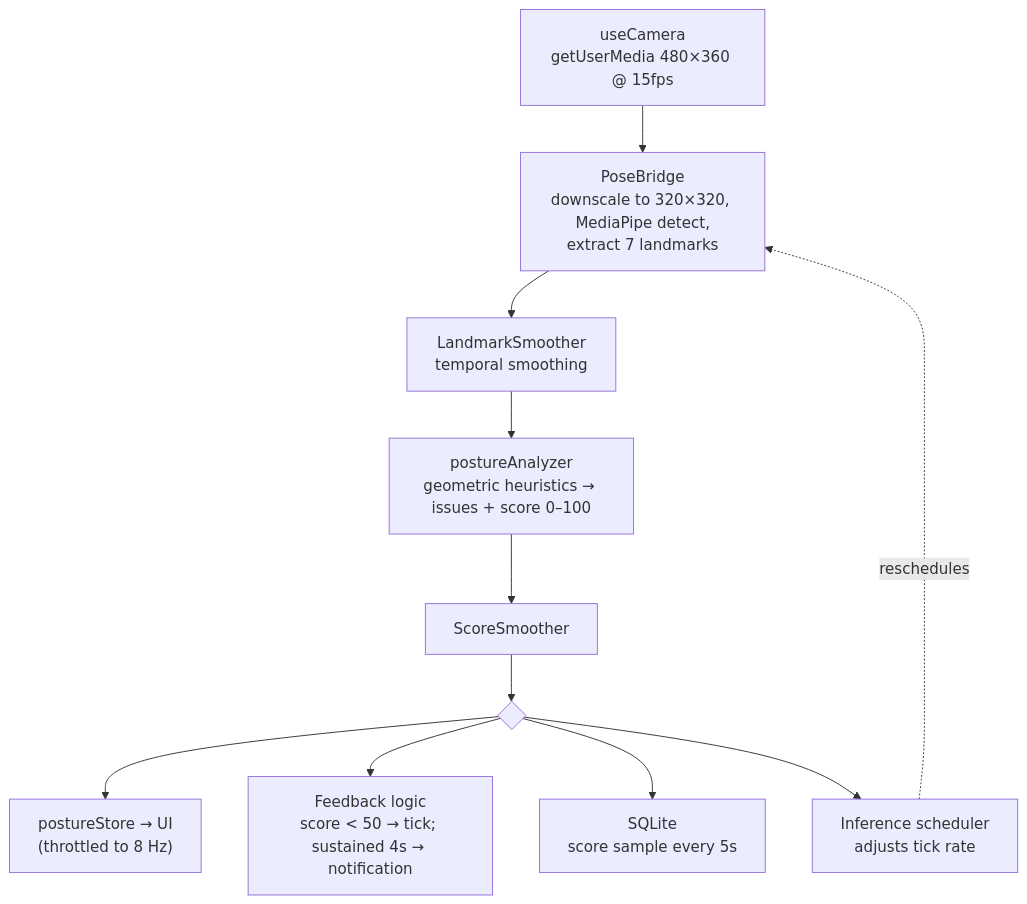
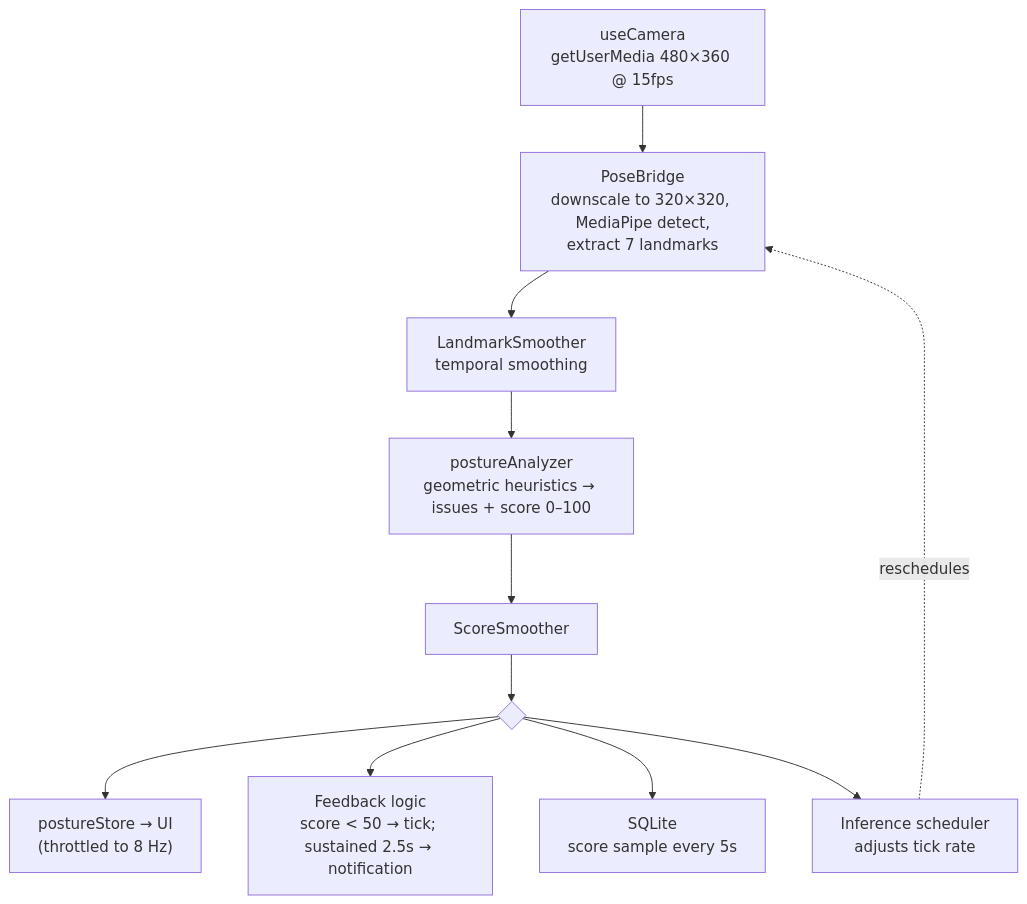
One commit to aykhanstoic/superposture changed the second of 3 diagrams in ARCHITECTURE.md. Above: the diagram before and after it, drawn with Mermaid. The commit also changed other lines of this file and 7 other files, not shown here.

````diff
--- a/ARCHITECTURE.md
+++ b/ARCHITECTURE.md
@@ -87,13 +87,13 @@
 ```mermaid
 flowchart TD
     cam["useCamera<br/>getUserMedia 480×360 @ 15fps"] --> bridge
     bridge["PoseBridge<br/>downscale to 320×320, MediaPipe detect,<br/>extract 7 landmarks"] --> smooth
     smooth["LandmarkSmoother<br/>temporal smoothing"] --> analyze
     analyze["postureAnalyzer<br/>geometric heuristics → issues + score 0–100"] --> ssmooth
     ssmooth["ScoreSmoother"] --> fanout{" "}
     fanout --> ui["postureStore → UI<br/>(throttled to 8 Hz)"]
-    fanout --> rem["Feedback logic<br/>score < 50 → tick; sustained 4s → notification"]
+    fanout --> rem["Feedback logic<br/>score < 50 → tick; sustained 2.5s → notification"]
     fanout --> persist["SQLite<br/>score sample every 5s"]
     fanout --> sched["Inference scheduler<br/>adjusts tick rate"]
     sched -.->|"reschedules"| bridge
 ```
````
